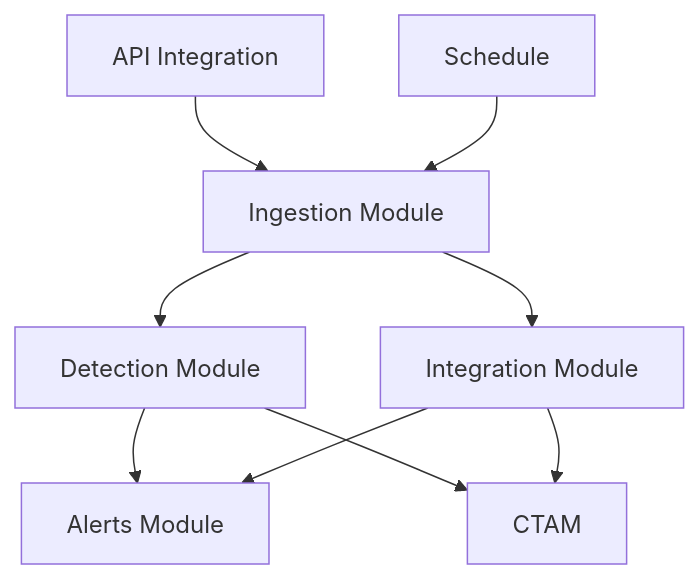
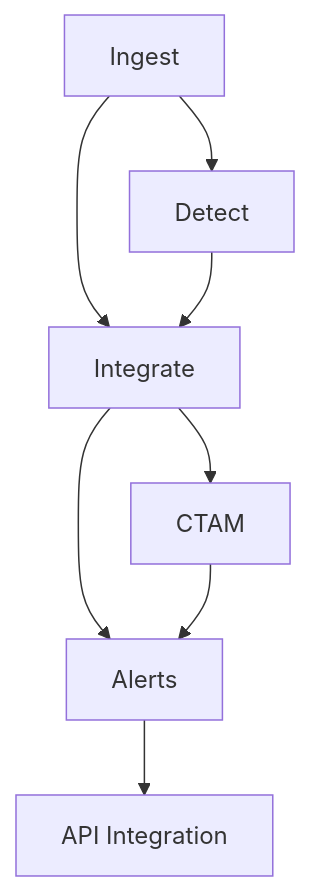
One commit to ewsofficial/EdgeWARN changed the diagram in docs/core/README.md. Above: the diagram before and after it, drawn with Mermaid. The commit also changed other lines of this file and 2 other files, not shown here.

Commit message:
DOC: refresh API and core docs to match current implementation

````diff
--- a/docs/core/README.md
+++ b/docs/core/README.md
@@ -303,11 +76,10 @@
 ```mermaid
 graph TD
-    A[Ingestion Module] --> B[Detection Module]
-    A --> C[Integration Module]
-    B --> D[Alerts Module]
-    C --> D
-    B --> E[CTAM]
-    C --> E
-    F[API Integration] --> A
-    G[Schedule] --> A
+    A[Ingest] --> B[Detect]
+    A --> C[Integrate]
+    B --> C
+    C --> D[CTAM]
+    C --> E[Alerts]
+    D --> E
+    E --> F[API Integration]
 ```
````
